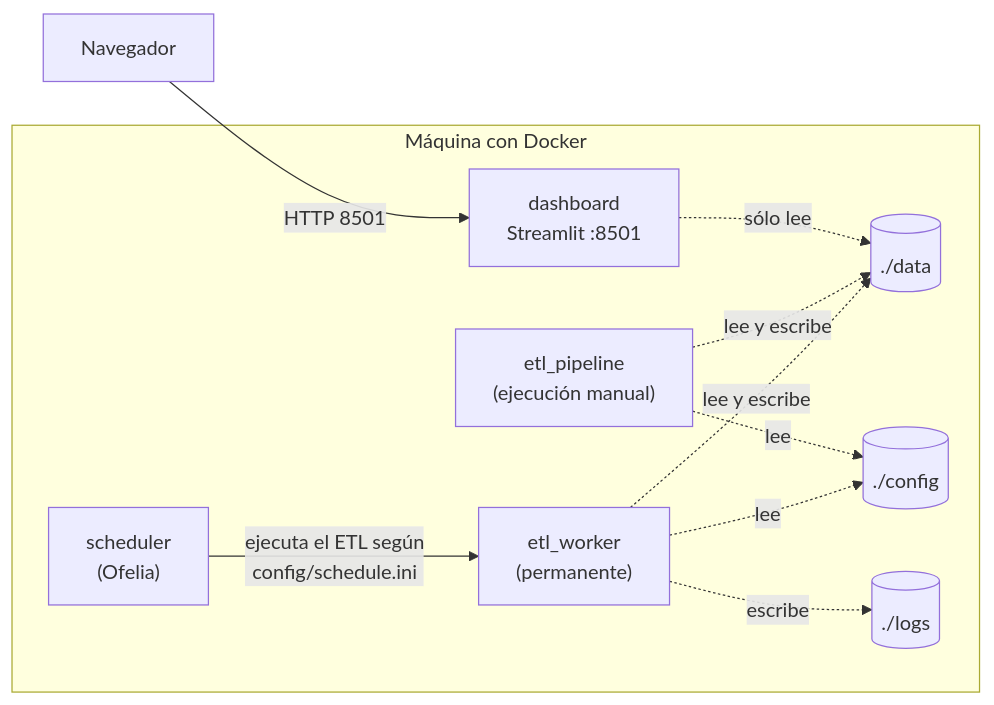
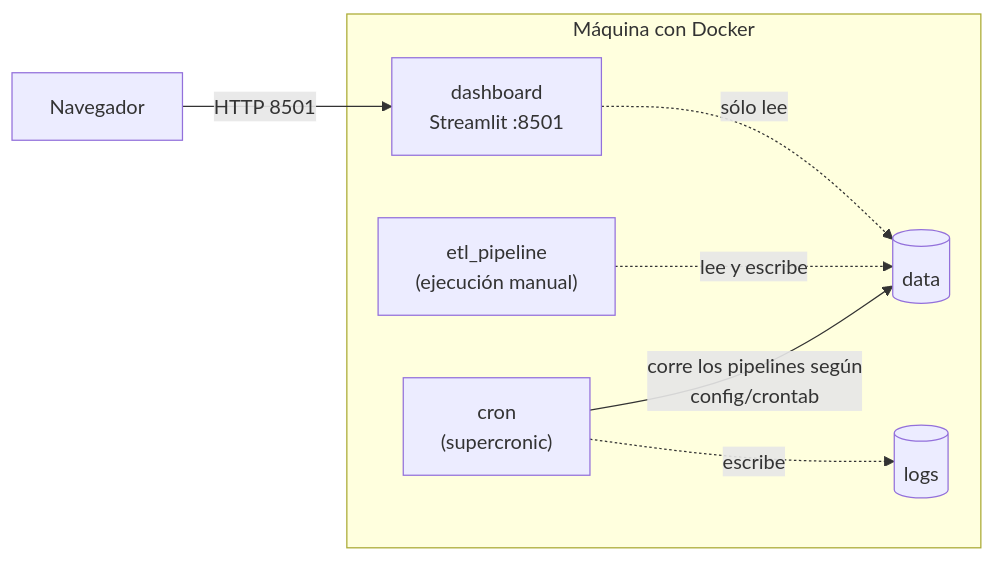
One commit to marcoeferro/SYNGAS-OPTIMIA-HV changed the diagram in docs/04_arquitectura/despliegue.md. Above: the diagram before and after it, drawn with Mermaid. The commit also changed other lines of this file and 30 other files, not shown here.

First line of the commit message:
feat(deploy): Dokploy + cron con supercronic y tests del pipeline

````diff
--- a/docs/04_arquitectura/despliegue.md
+++ b/docs/04_arquitectura/despliegue.md
@@ -9,20 +9,15 @@
 ```mermaid
 graph LR
     subgraph Host["Máquina con Docker"]
-        SCH["scheduler<br/>(Ofelia)"]
-        W["etl_worker<br/>(permanente)"]
+        CRON["cron<br/>(supercronic)"]
         J["etl_pipeline<br/>(ejecución manual)"]
         DASH["dashboard<br/>Streamlit :8501"]
-        V1[("./data")]
-        V2[("./config")]
-        V3[("./logs")]
+        V1[("data")]
+        V3[("logs")]
     end
     U[Navegador] -->|HTTP 8501| DASH
-    SCH -->|"ejecuta el ETL según<br/>config/schedule.ini"| W
-    W -.lee y escribe.-> V1
+    CRON -->|"corre los pipelines según<br/>config/crontab"| V1
     J -.lee y escribe.-> V1
-    W -.lee.-> V2
-    J -.lee.-> V2
-    W -.escribe.-> V3
+    CRON -.escribe.-> V3
     DASH -.sólo lee.-> V1
 ```
````
